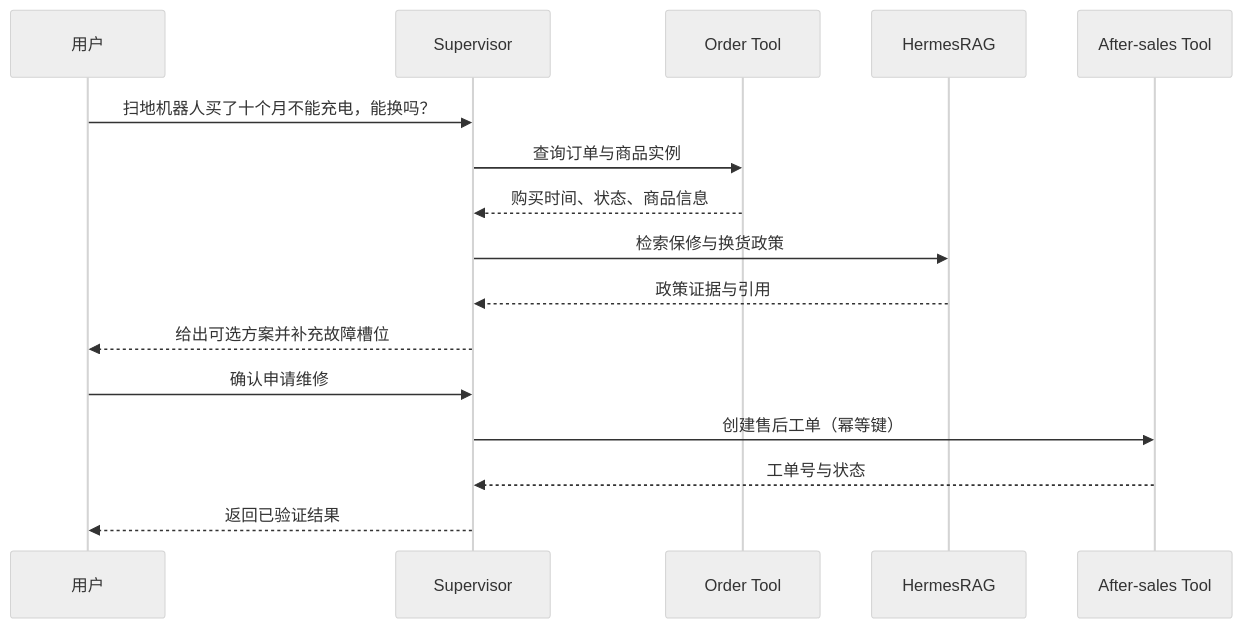
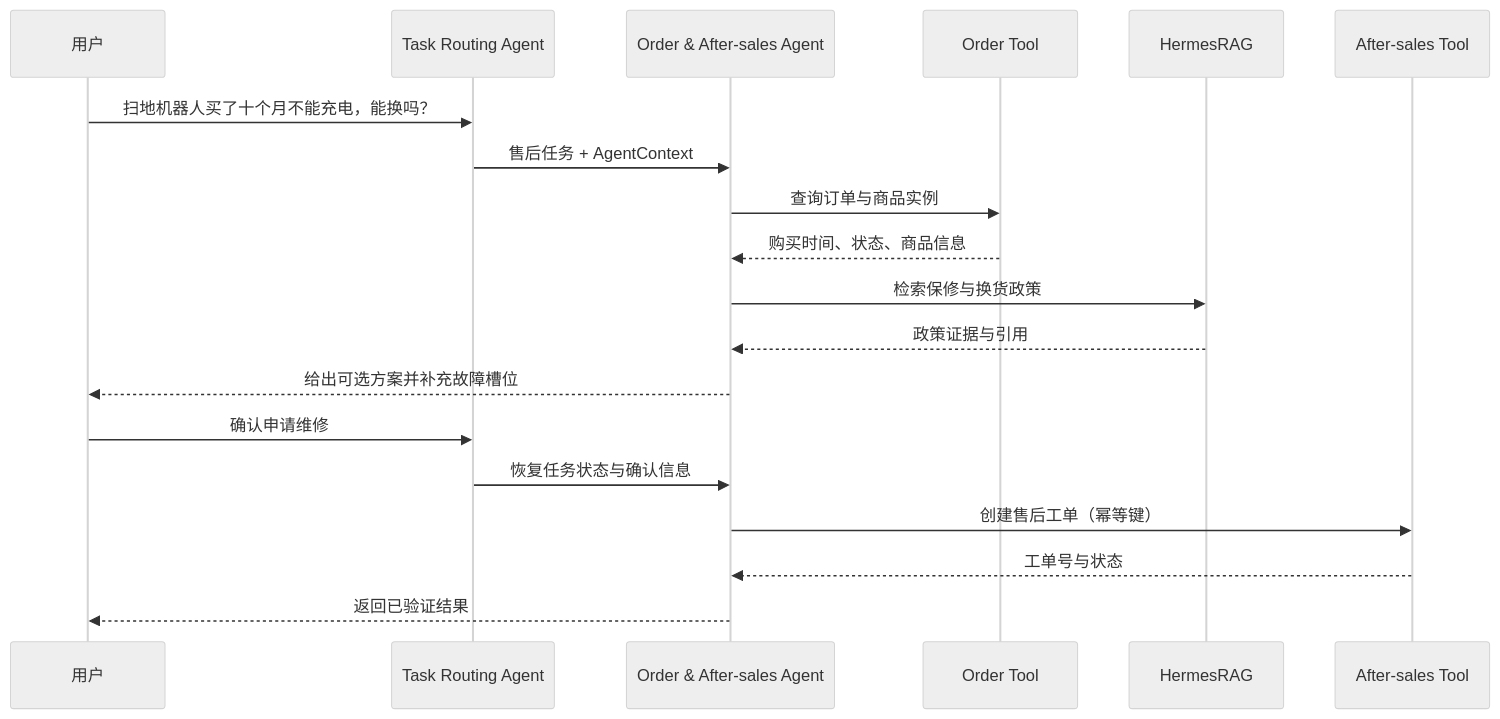
One commit to kaiy88117/JakePilot changed the third of 3 diagrams in docs/superpowers/specs/2026-09-17-ecommerce-agent-architecture-design.md. Above: the diagram before and after it, drawn with Mermaid (neutral theme). The commit also changed other lines of this file and 2 other files, not shown here.

````diff
--- a/docs/superpowers/specs/2026-09-17-ecommerce-agent-architecture-design.md
+++ b/docs/superpowers/specs/2026-09-17-ecommerce-agent-architecture-design.md
@@ -346,18 +560,21 @@
 ```mermaid
 sequenceDiagram
     participant U as 用户
-    participant S as Supervisor
+    participant R as Task Routing Agent
+    participant A as Order & After-sales Agent
     participant O as Order Tool
     participant H as HermesRAG
-    participant A as After-sales Tool
-    U->>S: 扫地机器人买了十个月不能充电，能换吗？
-    S->>O: 查询订单与商品实例
-    O-->>S: 购买时间、状态、商品信息
-    S->>H: 检索保修与换货政策
-    H-->>S: 政策证据与引用
-    S-->>U: 给出可选方案并补充故障槽位
-    U->>S: 确认申请维修
-    S->>A: 创建售后工单（幂等键）
-    A-->>S: 工单号与状态
-    S-->>U: 返回已验证结果
+    participant T as After-sales Tool
+    U->>R: 扫地机器人买了十个月不能充电，能换吗？
+    R->>A: 售后任务 + AgentContext
+    A->>O: 查询订单与商品实例
+    O-->>A: 购买时间、状态、商品信息
+    A->>H: 检索保修与换货政策
+    H-->>A: 政策证据与引用
+    A-->>U: 给出可选方案并补充故障槽位
+    U->>R: 确认申请维修
+    R->>A: 恢复任务状态与确认信息
+    A->>T: 创建售后工单（幂等键）
+    T-->>A: 工单号与状态
+    A-->>U: 返回已验证结果
 ```
````
